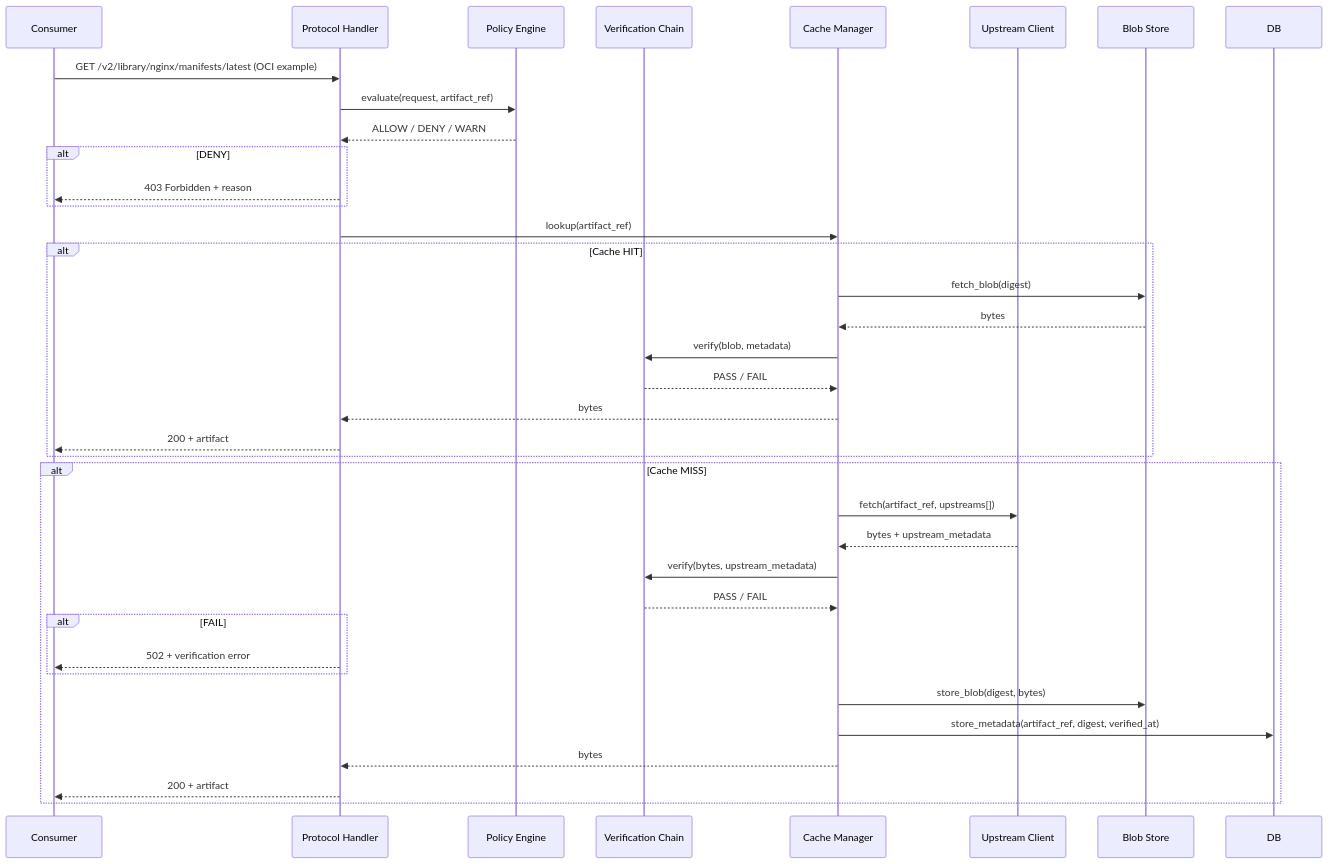
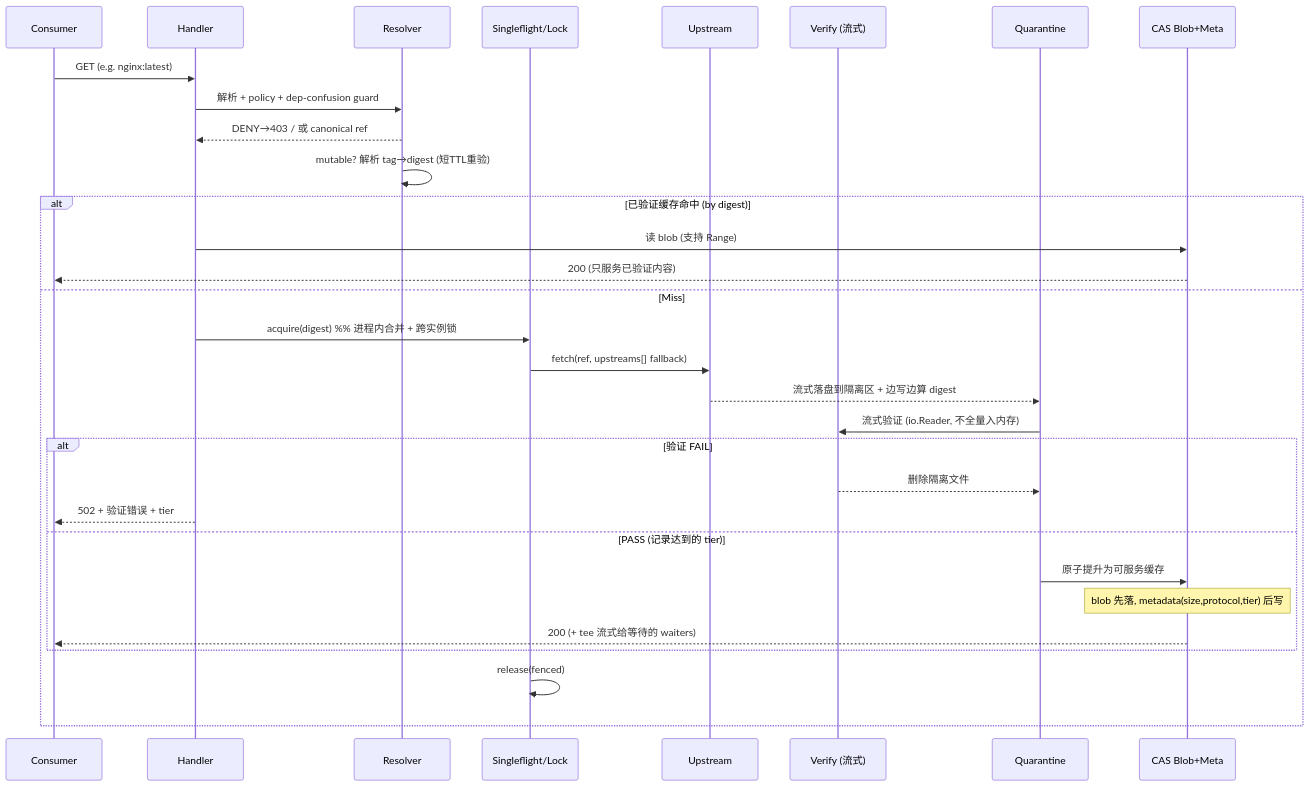
The fourth of 10 diagrams in docs/ARCHITECTURE.md (ivanzzeth/specula), drawn with Mermaid before and after one commit. The commit also changed other lines of this file and 2 other files, not shown here.

````diff
--- a/docs/ARCHITECTURE.md
+++ b/docs/ARCHITECTURE.md
@@ -106,45 +128,35 @@
 ```mermaid
 sequenceDiagram
     participant C as Consumer
-    participant H as Protocol Handler
-    participant P as Policy Engine
-    participant V as Verification Chain
-    participant CM as Cache Manager
-    participant U as Upstream Client
-    participant BS as Blob Store
+    participant H as Handler
+    participant R as Resolver
+    participant SF as Singleflight/Lock
+    participant U as Upstream
+    participant V as Verify (流式)
+    participant Q as Quarantine
+    participant CAS as CAS Blob+Meta
 
-    C->>H: GET /v2/library/nginx/manifests/latest (OCI example)
-    H->>P: evaluate(request, artifact_ref)
-    P-->>H: ALLOW / DENY / WARN
+    C->>H: GET (e.g. nginx:latest)
+    H->>R: 解析 + policy + dep-confusion guard
+    R-->>H: DENY→403 / 或 canonical ref
+    R->>R: mutable? 解析 tag→digest (短TTL重验)
 
-    alt DENY
-        H-->>C: 403 Forbidden + reason
-    end
-
-    H->>CM: lookup(artifact_ref)
-
-    alt Cache HIT
-        CM->>BS: fetch_blob(digest)
-        BS-->>CM: bytes
-        CM->>V: verify(blob, metadata)
-        V-->>CM: PASS / FAIL
-        CM-->>H: bytes
-        H-->>C: 200 + artifact
-    end
-
-    alt Cache MISS
-        CM->>U: fetch(artifact_ref, upstreams[])
-        U-->>CM: bytes + upstream_metadata
-        CM->>V: verify(bytes, upstream_metadata)
-        V-->>CM: PASS / FAIL
-
-        alt FAIL
-            H-->>C: 502 + verification error
+    alt 已验证缓存命中 (by digest)
+        H->>CAS: 读 blob (支持 Range)
+        CAS-->>C: 200 (只服务已验证内容)
+    else Miss
+        H->>SF: acquire(digest)  %% 进程内合并 + 跨实例锁
+        SF->>U: fetch(ref, upstreams[] fallback)
+        U-->>Q: 流式落盘到隔离区 + 边写边算 digest
+        Q->>V: 流式验证 (io.Reader, 不全量入内存)
+        alt 验证 FAIL
+            V-->>Q: 删除隔离文件
+            H-->>C: 502 + 验证错误 + tier
+        else PASS (记录达到的 tier)
+            Q->>CAS: 原子提升为可服务缓存
+            Note over CAS: blob 先落, metadata(size,protocol,tier) 后写
+            CAS-->>C: 200 (+ tee 流式给等待的 waiters)
         end
-
-        CM->>BS: store_blob(digest, bytes)
-        CM->>DB: store_metadata(artifact_ref, digest, verified_at)
-        CM-->>H: bytes
-        H-->>C: 200 + artifact
+        SF->>SF: release(fenced)
     end
 ```
````
